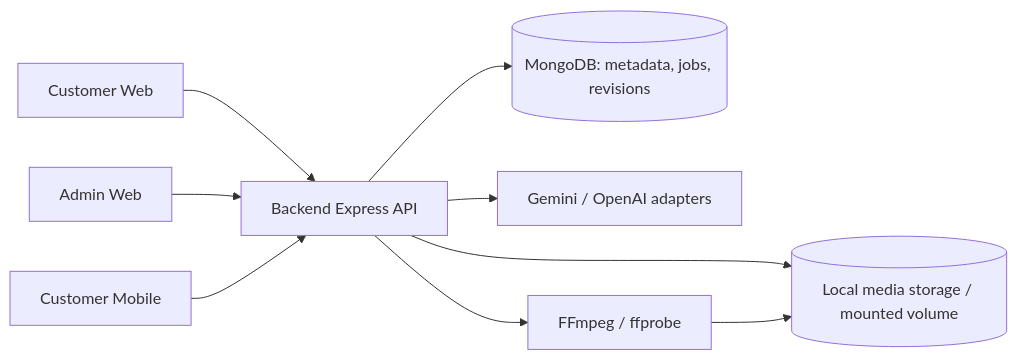
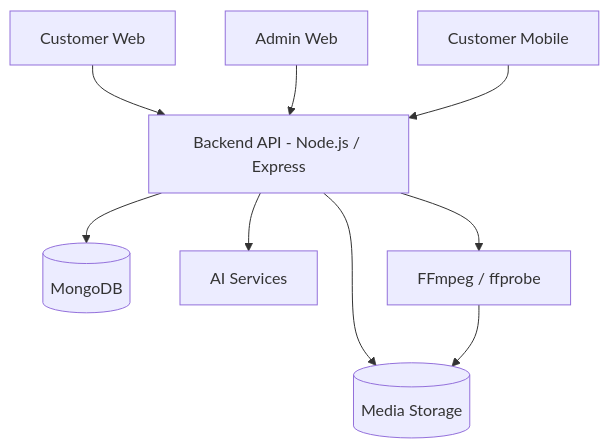
The first of 2 diagrams in README.md (aminhtoan/Thuyet-Minh-Tu-Dong-AI), drawn with Mermaid before and after one commit. The commit also changed other lines of this file, not shown here.

````diff
--- a/README.md
+++ b/README.md
@@ -42,11 +105,23 @@
-~~~mermaid
-flowchart LR
-  Web[Customer Web] --> API[Backend Express API]
-  Admin[Admin Web] --> API
-  Mobile[Customer Mobile] --> API
-  API --> DB[(MongoDB: metadata, jobs, revisions)]
-  API --> AI[Gemini / OpenAI adapters]
-  API --> FF[FFmpeg / ffprobe]
-  API --> Files[(Local media storage / mounted volume)]
-  FF --> Files
-~~~
+```mermaid
+flowchart TD
+    CW["Customer Web"]
+    AW["Admin Web"]
+    CM["Customer Mobile"]
+
+    API["Backend API - Node.js / Express"]
+
+    DB[("MongoDB")]
+    AI["AI Services"]
+    FF["FFmpeg / ffprobe"]
+    FS[("Media Storage")]
+
+    CW --> API
+    AW --> API
+    CM --> API
+
+    API --> DB
+    API --> AI
+    API --> FF
+    API --> FS
+    FF --> FS
+```
````
